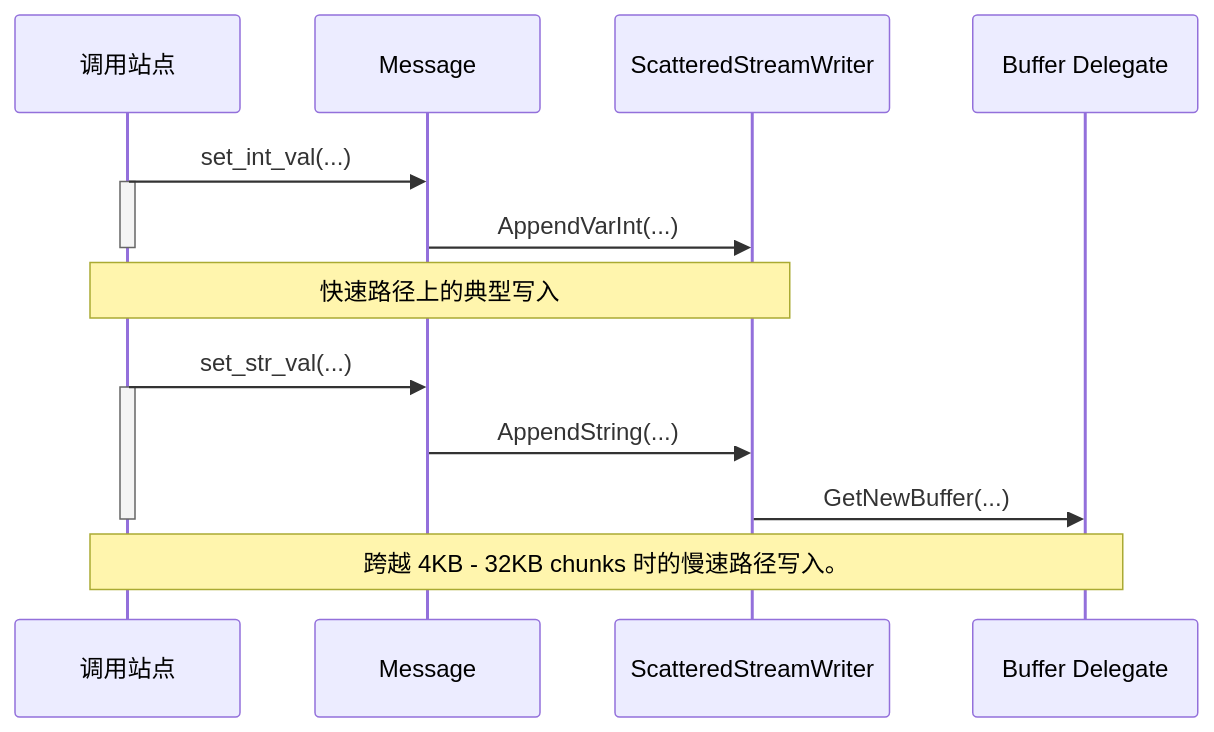
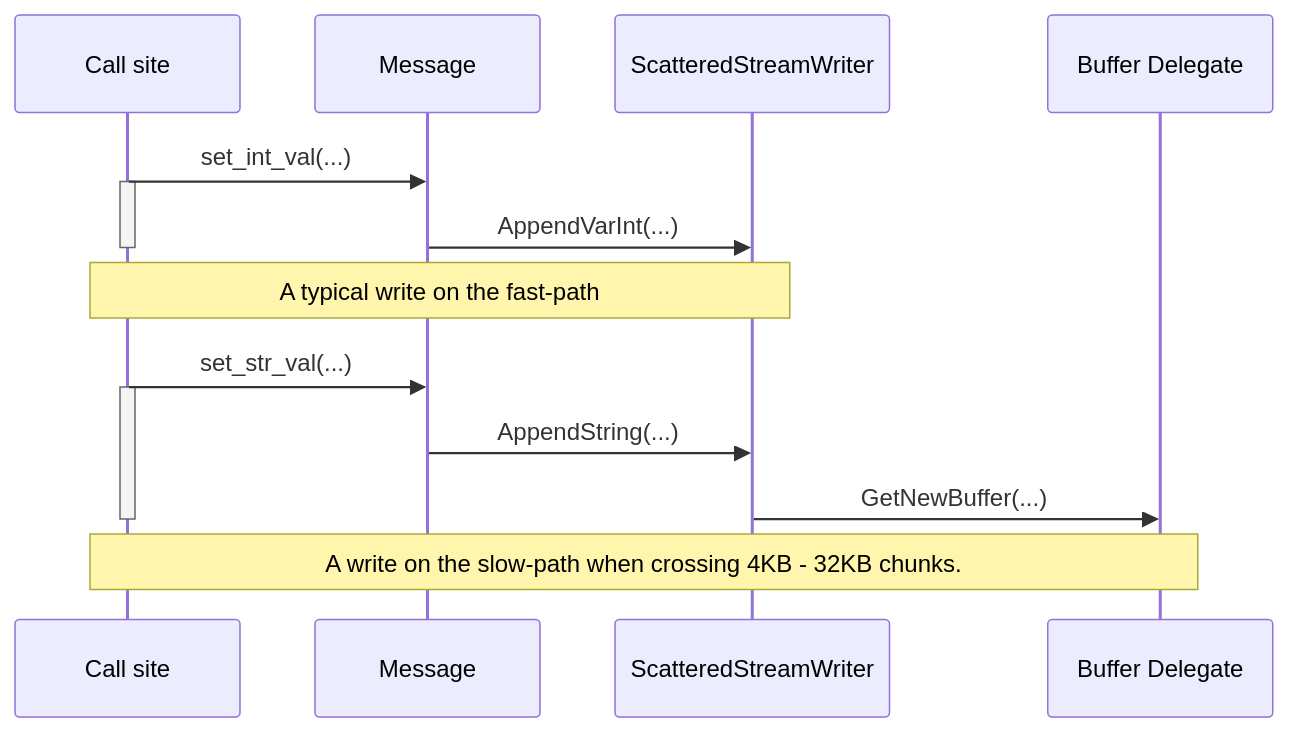
One commit to GuGu-Perf/perfetto-docs-zh-cn changed the diagram in docs/design-docs/protozero.md. Above: the diagram before and after it, drawn with Mermaid. The commit also changed other lines of this file and 62 other files, not shown here.

````diff
--- a/docs/design-docs/protozero.md
+++ b/docs/design-docs/protozero.md
@@ -186,19 +186,19 @@
 ```mermaid
 sequenceDiagram
- participant C as 调用站点
- participant M as Message
- participant SSR as ScatteredStreamWriter
- participant DEL as Buffer Delegate
- C->>M: set_int_val(...)
- activate C
- M->>SSR: AppendVarInt(...)
- deactivate C
- Note over C,SSR: 快速路径上的典型写入
+  participant C as Call site
+  participant M as Message
+  participant SSR as ScatteredStreamWriter
+  participant DEL as Buffer Delegate
+  C->>M: set_int_val(...)
+  activate C
+  M->>SSR: AppendVarInt(...)
+  deactivate C
+  Note over C,SSR: A typical write on the fast-path
 
- C->>M: set_str_val(...)
- activate C
- M->>SSR: AppendString(...)
- SSR->>DEL: GetNewBuffer(...)
- deactivate C
- Note over C,DEL: 跨越 4KB - 32KB chunks 时的慢速路径写入。
+  C->>M: set_str_val(...)
+  activate C
+  M->>SSR: AppendString(...)
+  SSR->>DEL: GetNewBuffer(...)
+  deactivate C
+  Note over C,DEL: A write on the slow-path when crossing 4KB - 32KB chunks.
 ```
````
